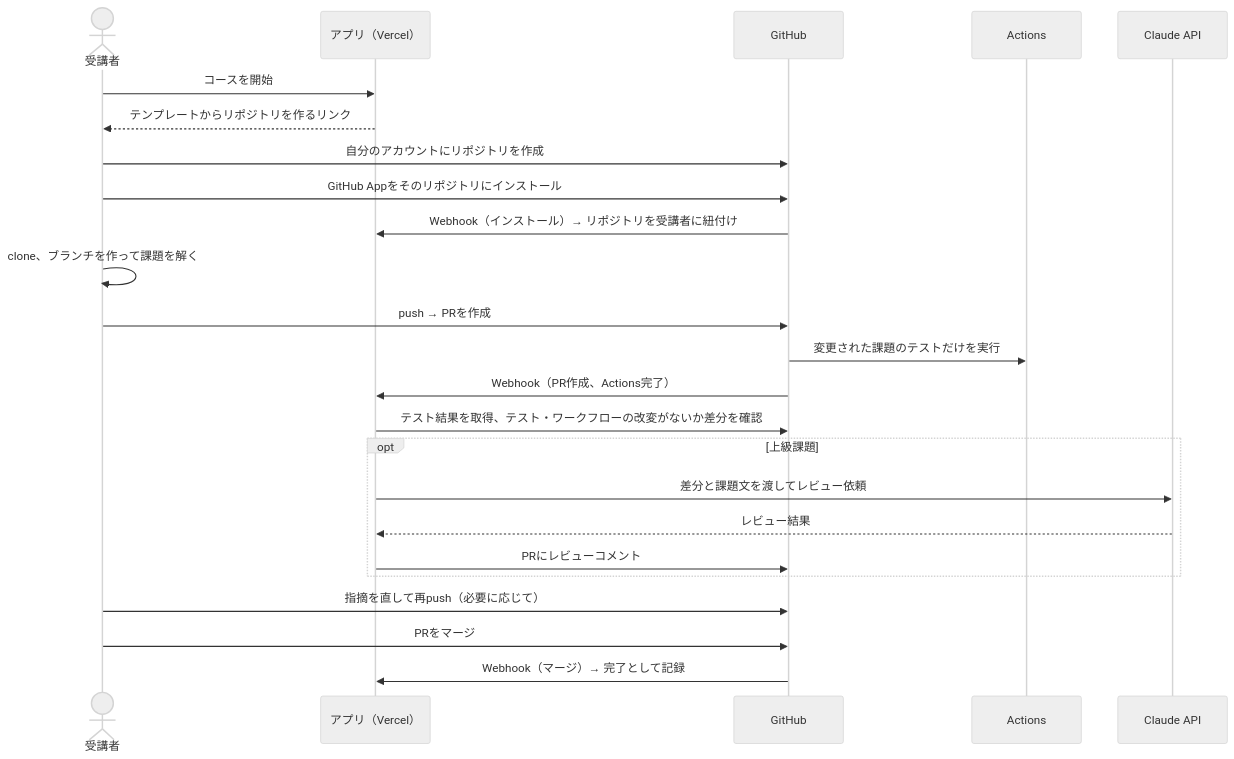
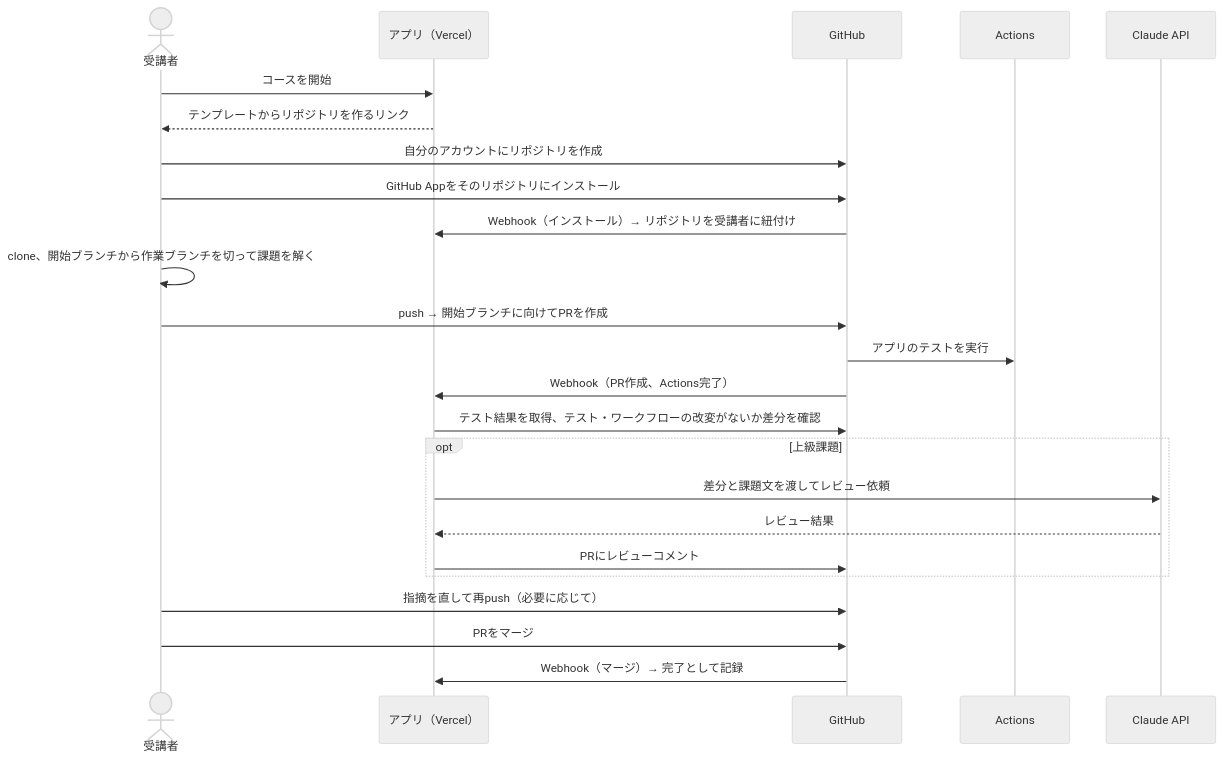
One commit to taitai03/study_programing changed the second of 2 diagrams in docs/architecture.md. Above: the diagram before and after it, drawn with Mermaid (neutral theme). The commit also changed other lines of this file and 3 other files, not shown here.

````diff
--- a/docs/architecture.md
+++ b/docs/architecture.md
@@ -92,27 +92,27 @@
 ```mermaid
 sequenceDiagram
   actor U as 受講者
   participant APP as アプリ（Vercel）
   participant GH as GitHub
   participant ACT as Actions
   participant CL as Claude API
 
   U->>APP: コースを開始
   APP-->>U: テンプレートからリポジトリを作るリンク
   U->>GH: 自分のアカウントにリポジトリを作成
   U->>GH: GitHub Appをそのリポジトリにインストール
   GH->>APP: Webhook（インストール）→ リポジトリを受講者に紐付け
-  U->>U: clone、ブランチを作って課題を解く
-  U->>GH: push → PRを作成
-  GH->>ACT: 変更された課題のテストだけを実行
+  U->>U: clone、開始ブランチから作業ブランチを切って課題を解く
+  U->>GH: push → 開始ブランチに向けてPRを作成
+  GH->>ACT: アプリのテストを実行
   GH->>APP: Webhook（PR作成、Actions完了）
   APP->>GH: テスト結果を取得、テスト・ワークフローの改変がないか差分を確認
   opt 上級課題
     APP->>CL: 差分と課題文を渡してレビュー依頼
     CL-->>APP: レビュー結果
     APP->>GH: PRにレビューコメント
   end
   U->>GH: 指摘を直して再push（必要に応じて）
   U->>GH: PRをマージ
   GH->>APP: Webhook（マージ）→ 完了として記録
 ```
````
